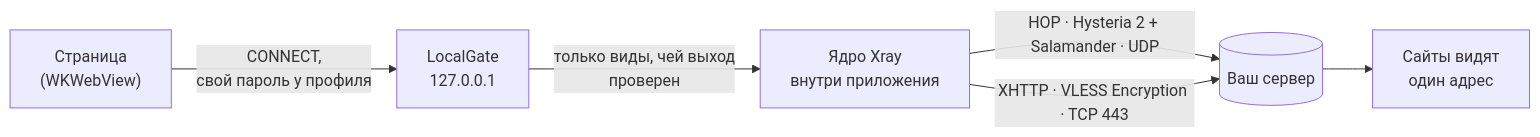
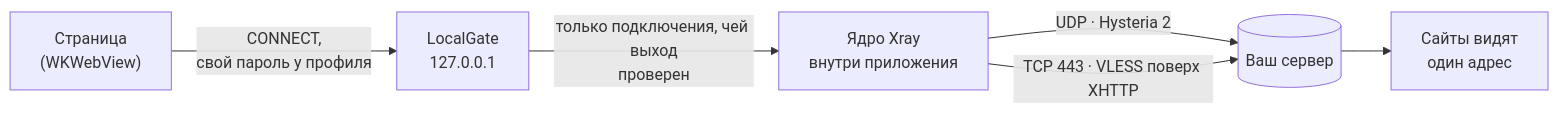
Before and after one commit to viktorvich/ip-browser: the diagram in README.ru.md, drawn with Mermaid. The commit also changed other lines of this file and 36 other files, not shown here.

````diff
--- a/README.ru.md
+++ b/README.ru.md
@@ -100,8 +100,8 @@
 ```mermaid
 flowchart LR
     P["Страница<br/>(WKWebView)"] -- "CONNECT,<br/>свой пароль у профиля" --> G["LocalGate<br/>127.0.0.1"]
-    G -- "только виды, чей выход<br/>проверен" --> X["Ядро Xray<br/>внутри приложения"]
-    X -- "HOP · Hysteria 2 + Salamander · UDP" --> S[("Ваш сервер")]
-    X -- "XHTTP · VLESS Encryption · TCP 443" --> S
+    G -- "только подключения, чей выход<br/>проверен" --> X["Ядро Xray<br/>внутри приложения"]
+    X -- "UDP · Hysteria 2" --> S[("Ваш сервер")]
+    X -- "TCP 443 · VLESS поверх XHTTP" --> S
     S --> W["Сайты видят<br/>один адрес"]
 ```
````
